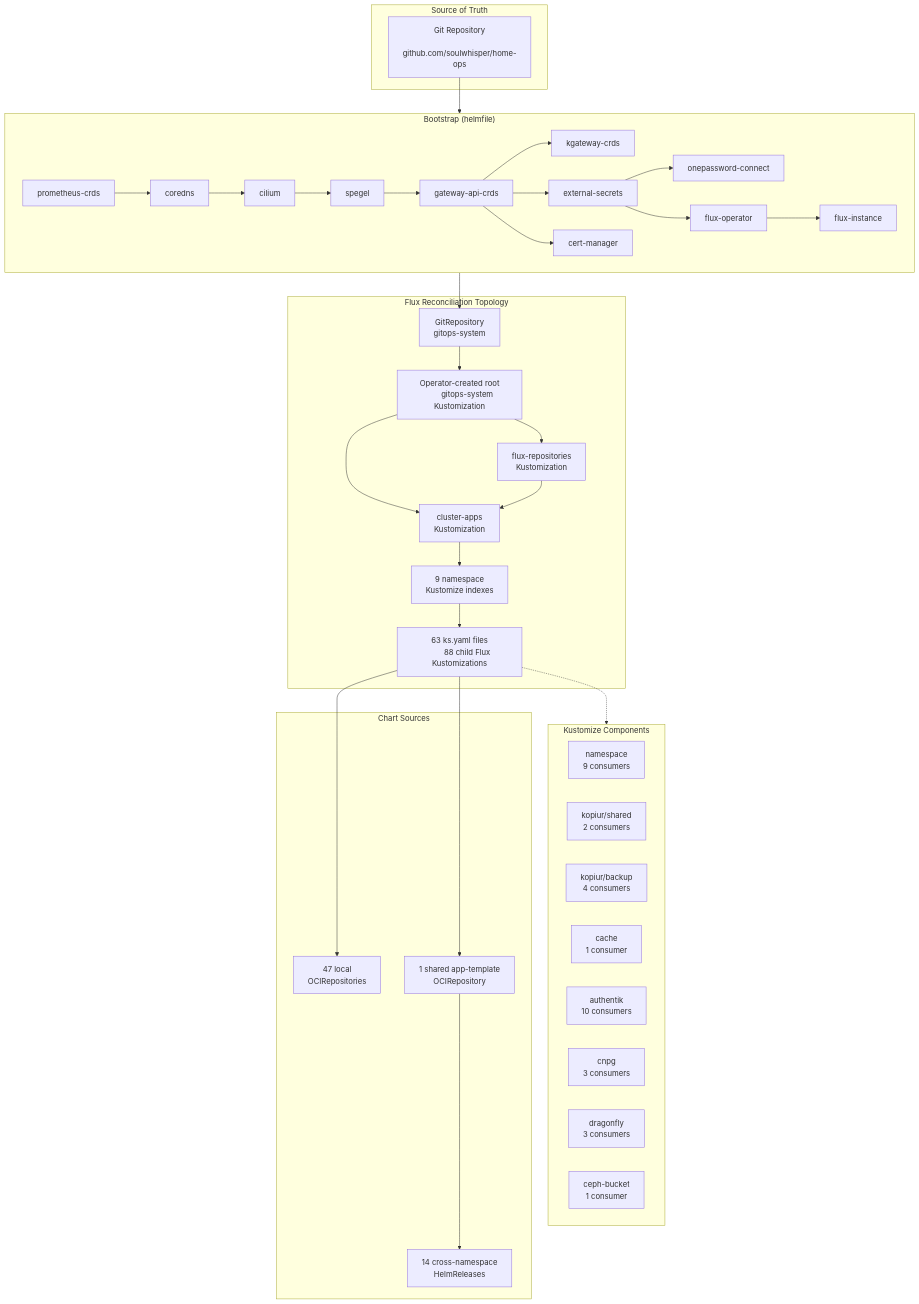
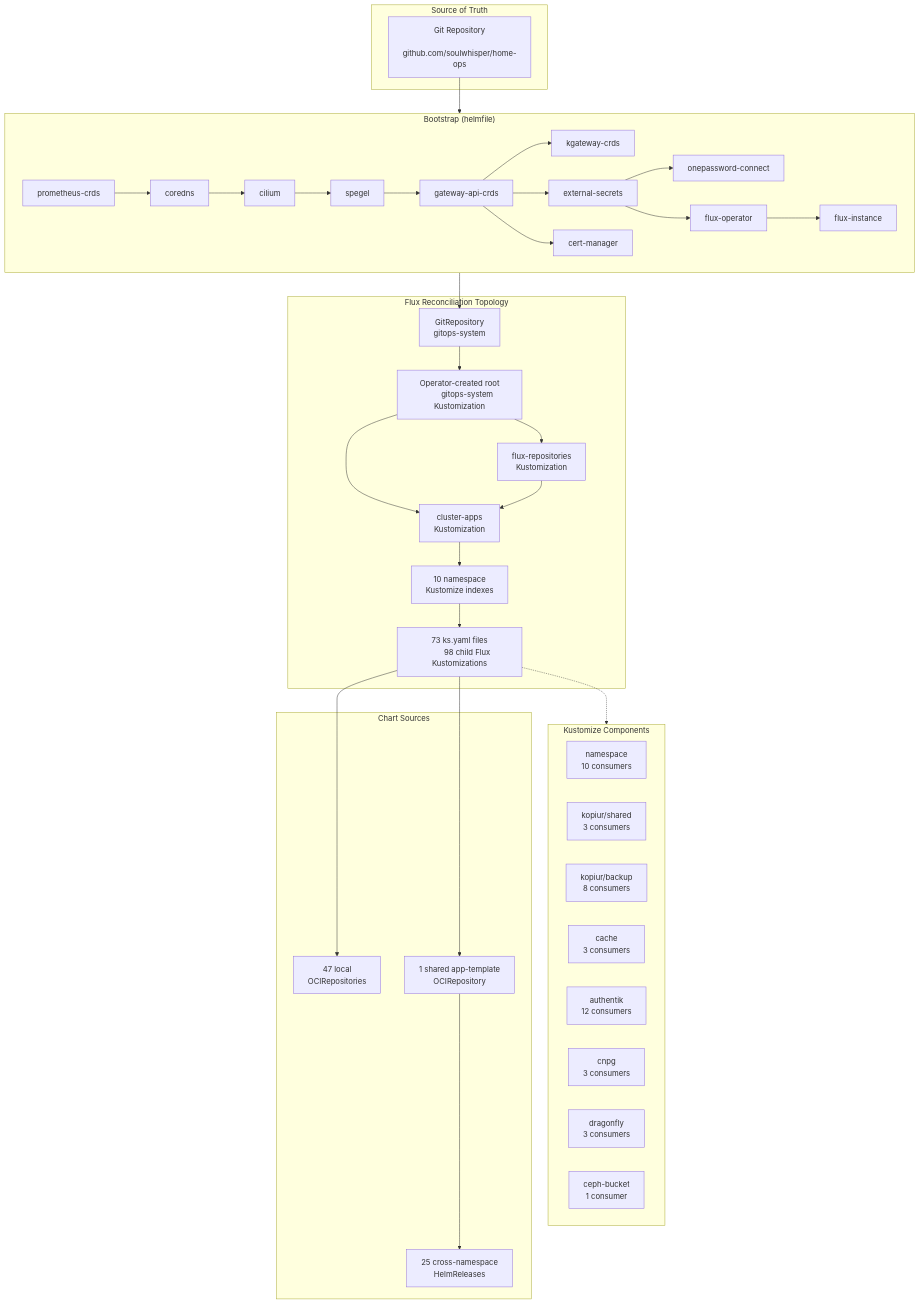
Before and after one commit to soulwhisper/home-ops: the diagram in docs/infrastructure/kubernetes.md, drawn with Mermaid. The commit also changed other lines of this file and 72 other files, not shown here.

````diff
--- a/docs/infrastructure/kubernetes.md
+++ b/docs/infrastructure/kubernetes.md
@@ -12,71 +12,71 @@
 ```mermaid
 flowchart TB
     subgraph Source["Source of Truth"]
         GIT["Git Repository
         github.com/soulwhisper/home-ops"]
     end
 
     subgraph Bootstrap["Bootstrap (helmfile)"]
         direction LR
         B1["prometheus-crds"] --> B2["coredns"]
         B2 --> B3["cilium"]
         B3 --> B4["spegel"]
         B4 --> B5["gateway-api-crds"]
         B5 --> B6["kgateway-crds"]
         B5 --> B7["external-secrets"]
         B5 --> B8["cert-manager"]
         B7 --> B9["onepassword-connect"]
         B7 --> B11["flux-operator"]
         B11 --> B12["flux-instance"]
     end
 
     subgraph FluxTopo["Flux Reconciliation Topology"]
         GR["GitRepository
         gitops-system"] --> ROOT["Operator-created root
         gitops-system Kustomization"]
         ROOT --> FR["flux-repositories
         Kustomization"]
         ROOT --> CA["cluster-apps
         Kustomization"]
         FR --> CA
-        CA --> NS["9 namespace
+        CA --> NS["10 namespace
         Kustomize indexes"]
-        NS --> APPS["63 ks.yaml files
-        88 child Flux Kustomizations"]
+        NS --> APPS["73 ks.yaml files
+        98 child Flux Kustomizations"]
     end
 
     subgraph Components["Kustomize Components"]
         NS_COMP["namespace
-        9 consumers"]
+        10 consumers"]
         KOPIUR_SECRET["kopiur/shared
-        2 consumers"]
+        3 consumers"]
         KOPIUR_BACKUP["kopiur/backup
-        4 consumers"]
+        8 consumers"]
         CACHE["cache
-        1 consumer"]
+        3 consumers"]
         AUTHENTIK["authentik
-        10 consumers"]
+        12 consumers"]
         CNPG["cnpg
         3 consumers"]
         DRAGONFLY["dragonfly
         3 consumers"]
         CEPH["ceph-bucket
         1 consumer"]
     end
 
     subgraph Charts["Chart Sources"]
         OCI_OWN["47 local
         OCIRepositories"]
         OCI_TPL["1 shared app-template
         OCIRepository"]
-        CROSS["14 cross-namespace
+        CROSS["25 cross-namespace
         HelmReleases"]
     end
 
     GIT --> Bootstrap
     Bootstrap --> GR
     APPS -.-> Components
     APPS --> OCI_OWN
     APPS --> OCI_TPL
     OCI_TPL --> CROSS
 ```
````
